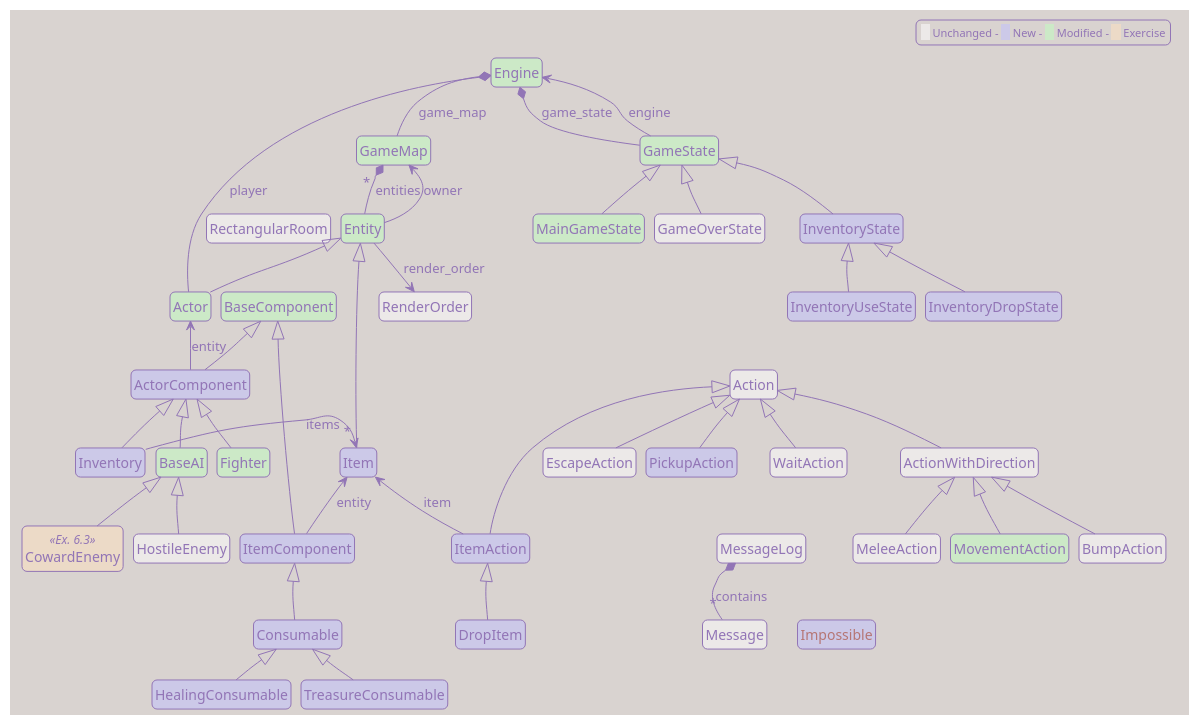
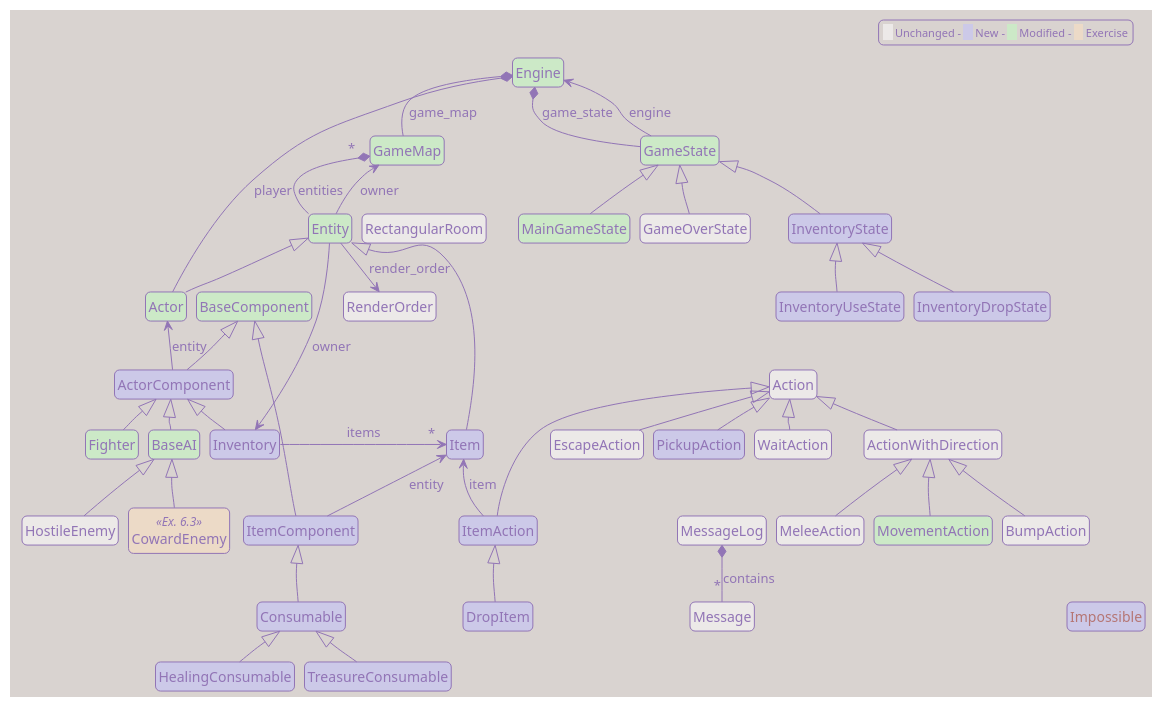
One commit to Darky-Lucera/roguelike-tutorial-python-tcod changed the diagram in uml/part8_classes.puml. Above: the diagram before and after it, drawn with PlantUML. The commit also changed 6 other files, not shown here.

```diff
--- a/uml/part8_classes.puml
+++ b/uml/part8_classes.puml
@@ -203,6 +203,7 @@
 
 game.map.game_map.GameMap "  *  " *-- game.entities.entity.Entity : entities
 game.entities.entity.Entity -up-> game.map.game_map.GameMap : owner
+game.entities.entity.Entity -right-> game.entities.components.inventory.Inventory : owner
 game.entities.entity.Entity --> game.entities.render_order.RenderOrder : render_order
 
 game.entities.components.base_component.ActorComponent -up-> game.entities.entity.Actor : entity
```
